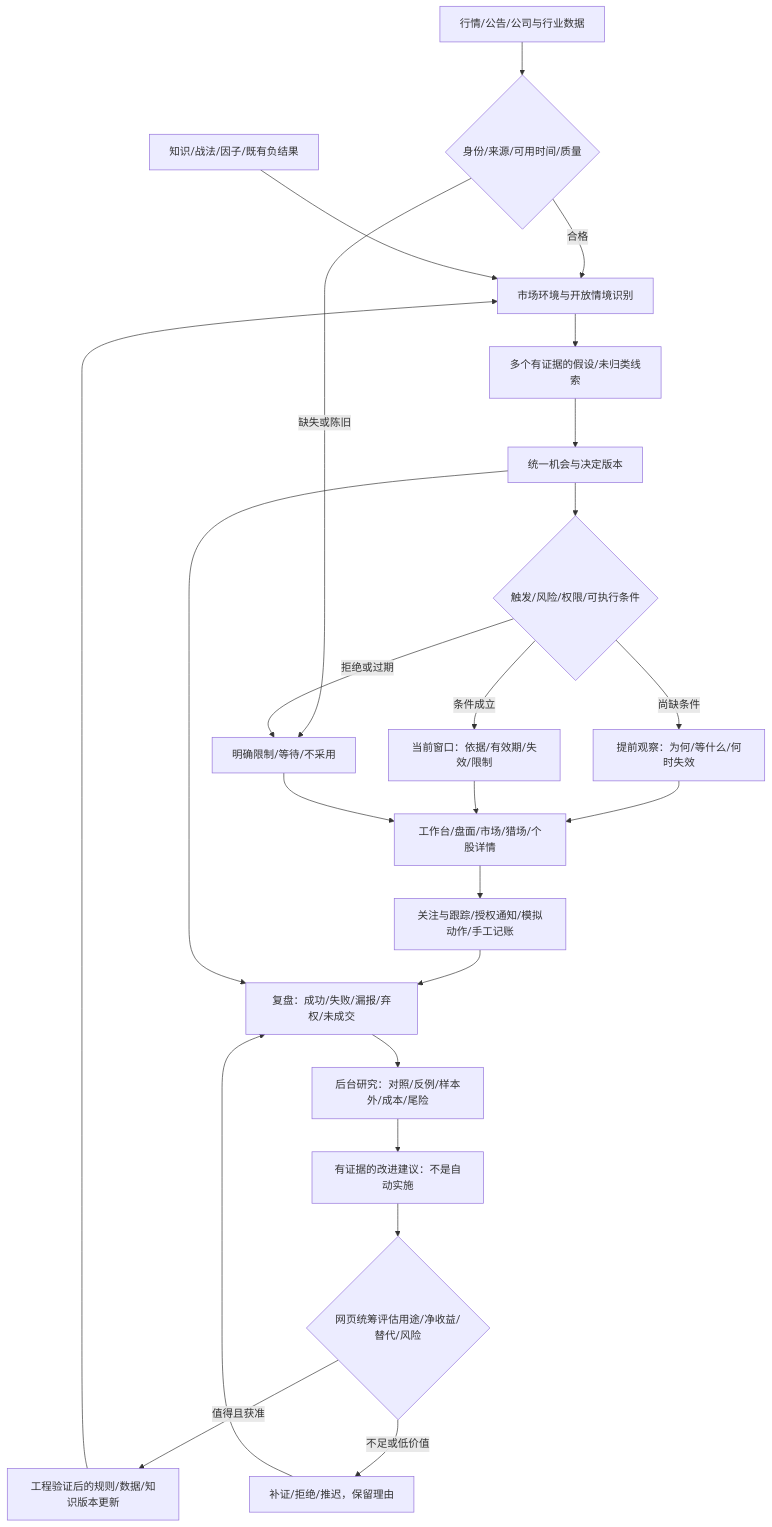
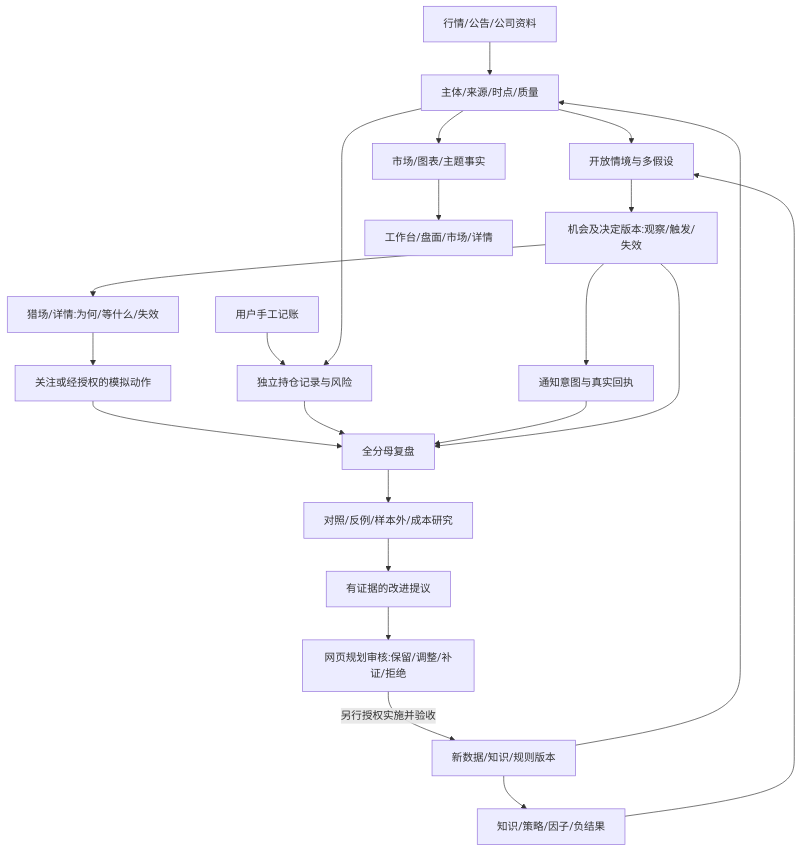
Before and after one commit to 1239890829/AI-Trading: the first of 2 diagrams in docs/product-closure-design.md, drawn with Mermaid. The commit also changed other lines of this file and 5 other files, not shown here.

````diff
--- a/docs/product-closure-design.md
+++ b/docs/product-closure-design.md
@@ -91,26 +108,24 @@
 ```mermaid
 flowchart TB
- D[行情/公告/公司与行业数据] --> Q{身份/来源/可用时间/质量}
- Q -->|合格| S[市场环境与开放情境识别]
- Q -->|缺失或陈旧| U[明确限制/等待/不采用]
- K[知识/战法/因子/既有负结果] --> S
- S --> H[多个有证据的假设/未归类线索]
- H --> O[统一机会与决定版本]
- O --> G{触发/风险/权限/可执行条件}
- G -->|尚缺条件| W[提前观察：为何/等什么/何时失效]
- G -->|条件成立| C[当前窗口：依据/有效期/失效/限制]
- G -->|拒绝或过期| U
- W --> V[工作台/盘面/市场/猎场/个股详情]
- C --> V
- U --> V
- V --> A[关注与跟踪/授权通知/模拟动作/手工记账]
- A --> R[复盘：成功/失败/漏报/弃权/未成交]
+ D[行情/公告/公司资料] --> Q[主体/来源/时点/质量]
+ Q --> M[市场/图表/主题事实]
+ K[知识/策略/因子/负结果] --> S[开放情境与多假设]
+ Q --> S
+ S --> O[机会及决定版本:观察/触发/失效]
+ O --> H[猎场/详情:为何/等什么/失效]
+ M --> V[工作台/盘面/市场/详情]
+ H --> A[关注或经授权的模拟动作]
+ O --> N[通知意图与真实回执]
+ P[用户手工记账] --> T[独立持仓记录与风险]
+ Q --> T
+ A --> R[全分母复盘]
+ T --> R
+ N --> R
  O --> R
- R --> E[后台研究：对照/反例/样本外/成本/尾险]
- E --> P[有证据的改进建议：不是自动实施]
- P --> J{网页统筹评估用途/净收益/替代/风险}
- J -->|值得且获准| N[工程验证后的规则/数据/知识版本更新]
- J -->|不足或低价值| F[补证/拒绝/推迟，保留理由]
- N --> S
- F --> R
+ R --> E[对照/反例/样本外/成本研究]
+ E --> J[有证据的改进提议]
+ J --> C[网页规划审核:保留/调整/补证/拒绝]
+ C -->|另行授权实施并验收| U[新数据/知识/规则版本]
+ U --> Q
+ U --> K
 ```
````
